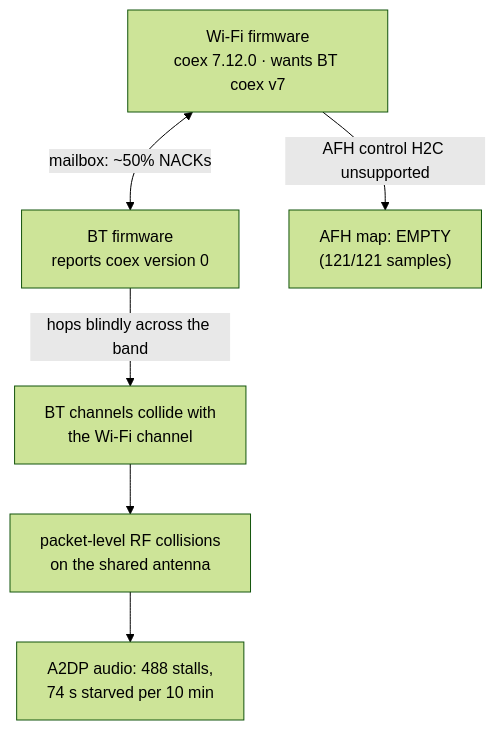
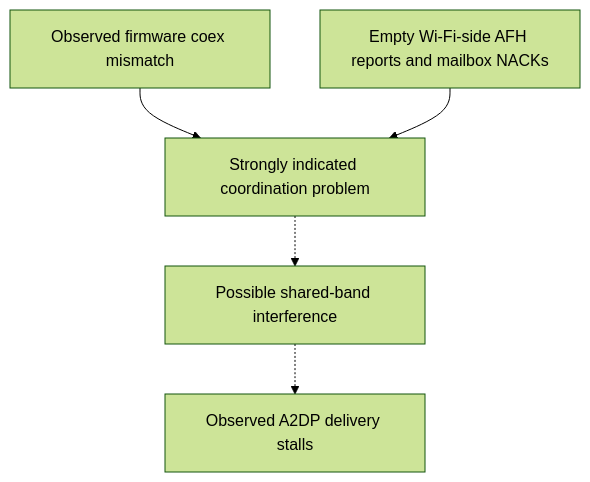
Before and after one commit to hamza-gouda1/rtl8852ce-bt-coex: the diagram in README.md, drawn with Mermaid (forest theme). The commit also changed other lines of this file and 5 other files, not shown here.

````diff
--- a/README.md
+++ b/README.md
@@ -97,8 +97,7 @@
 ```mermaid
 flowchart TD
-    A["Wi-Fi firmware<br/>coex 7.12.0 · wants BT coex v7"] <-->|"mailbox: ~50% NACKs"| B["BT firmware<br/>reports coex version 0"]
-    A -->|"AFH control H2C unsupported"| C["AFH map: EMPTY<br/>(121/121 samples)"]
-    B -->|"hops blindly across the band"| D["BT channels collide with<br/>the Wi-Fi channel"]
-    D --> E["packet-level RF collisions<br/>on the shared antenna"]
-    E --> F["A2DP audio: 488 stalls,<br/>74 s starved per 10 min"]
+    A["Observed firmware coex mismatch"] --> B["Strongly indicated coordination problem"]
+    C["Empty Wi-Fi-side AFH reports and mailbox NACKs"] --> B
+    B -.-> D["Possible shared-band interference"]
+    D -.-> E["Observed A2DP delivery stalls"]
 ```
````
